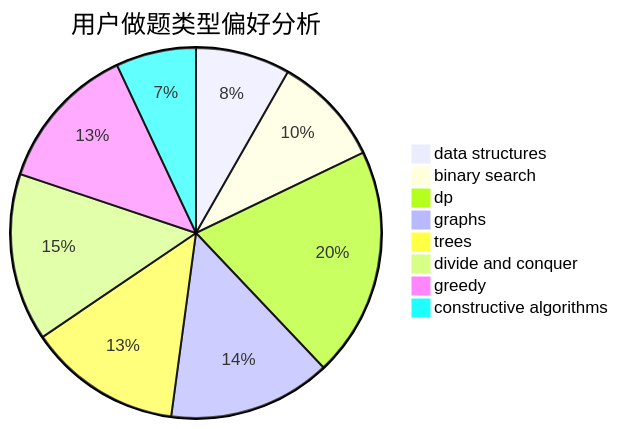
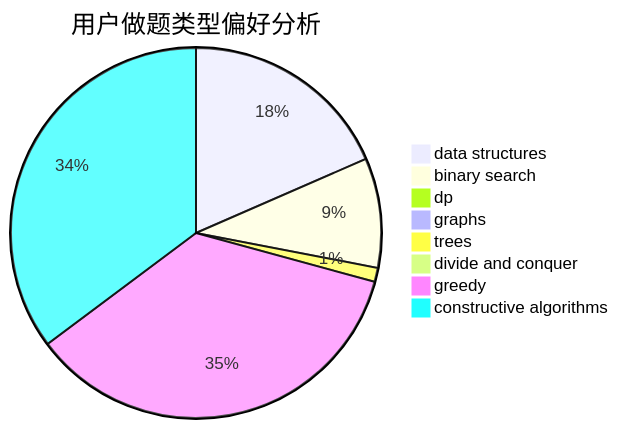
One commit to sherpahu/cfrs.github.io changed the second of 3 diagrams in docs/user/u221.md. Above: the diagram before and after it, drawn with Mermaid. The commit also changed other lines of this file and 2770 other files, not shown here.

````diff
--- a/docs/user/u221.md
+++ b/docs/user/u221.md
@@ -23,11 +23,11 @@
 ```mermaid
 pie title 用户做题类型偏好分析
-    "data structures" :  79
-    "binary search" :  92
-    "dp" :  192
-    "graphs" :  136
-    "trees" :  128
-    "divide and conquer" :  140
-    "greedy" :  123
-    "constructive algorithms" :  67
+    "data structures" :  241
+    "binary search" :  125
+    "dp" :  13
+    "graphs" :  7
+    "trees" :  16
+    "divide and conquer" :  9
+    "greedy" :  464
+    "constructive algorithms" :  460
 ```
````
